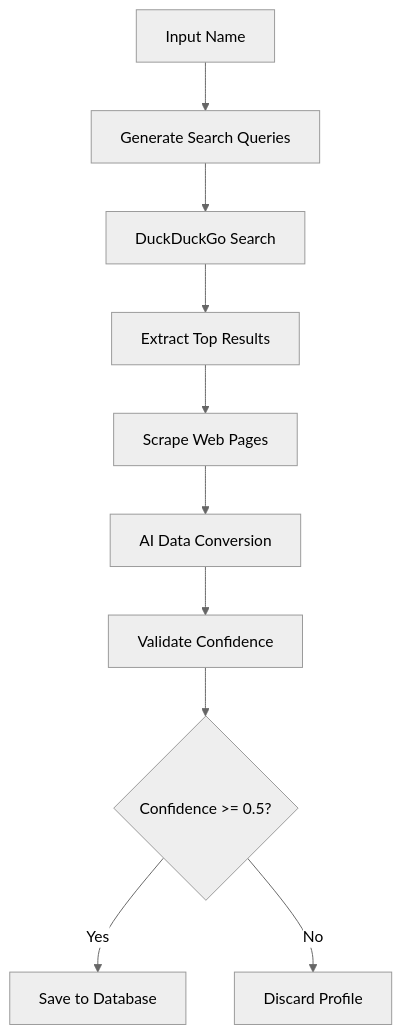
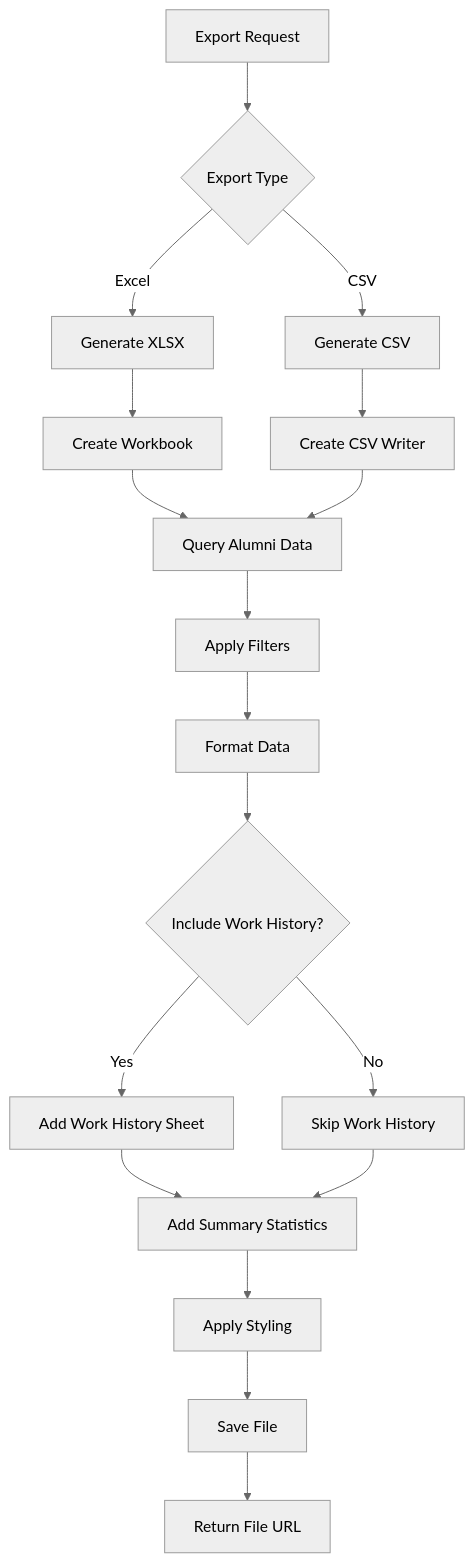
Diagram 11 of 15 in DOCUMENTATION.md (MananiDennis/alumniSystem), drawn with Mermaid (neutral theme) before and after one commit. The commit also changed other lines of this file and 41 other files, not shown here.

````diff
--- a/DOCUMENTATION.md
+++ b/DOCUMENTATION.md
@@ -304,12 +508,27 @@
 ```mermaid
-graph TD
-    A[Input Name] --> B[Generate Search Queries]
-    B --> C[DuckDuckGo Search]
-    C --> D[Extract Top Results]
-    D --> E[Scrape Web Pages]
-    E --> F[AI Data Conversion]
-    F --> G[Validate Confidence]
-    G --> H{Confidence >= 0.5?}
-    H -->|Yes| I[Save to Database]
-    H -->|No| J[Discard Profile]
+flowchart TD
+    A[Export Request] --> B{Export Type}
+    B -->|Excel| C[Generate XLSX]
+    B -->|CSV| D[Generate CSV]
+
+    C --> E[Create Workbook]
+    D --> F[Create CSV Writer]
+
+    E --> G[Query Alumni Data]
+    F --> G
+
+    G --> H[Apply Filters]
+    H --> I[Format Data]
+
+    I --> J{Include Work History?}
+    J -->|Yes| K[Add Work History Sheet]
+    J -->|No| L[Skip Work History]
+
+    K --> M[Add Summary Statistics]
+    L --> M
+
+    M --> N[Apply Styling]
+    N --> O[Save File]
+
+    O --> P[Return File URL]
 ```
````
